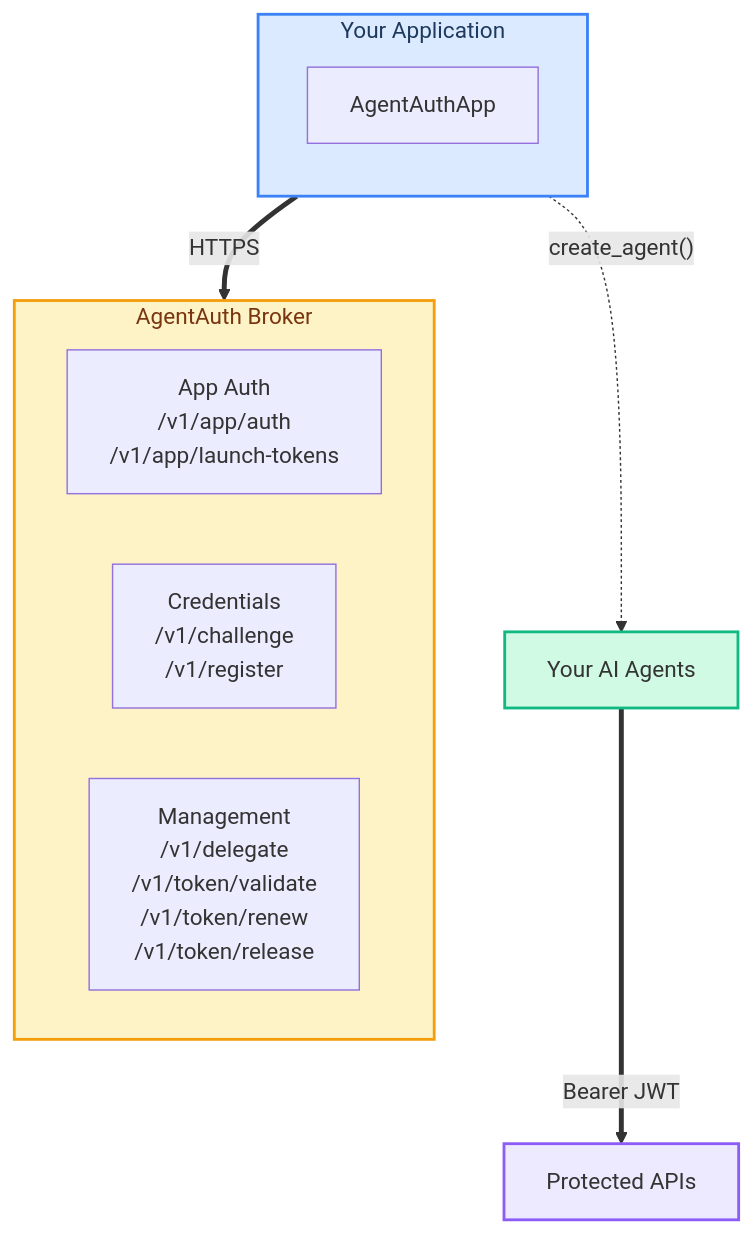
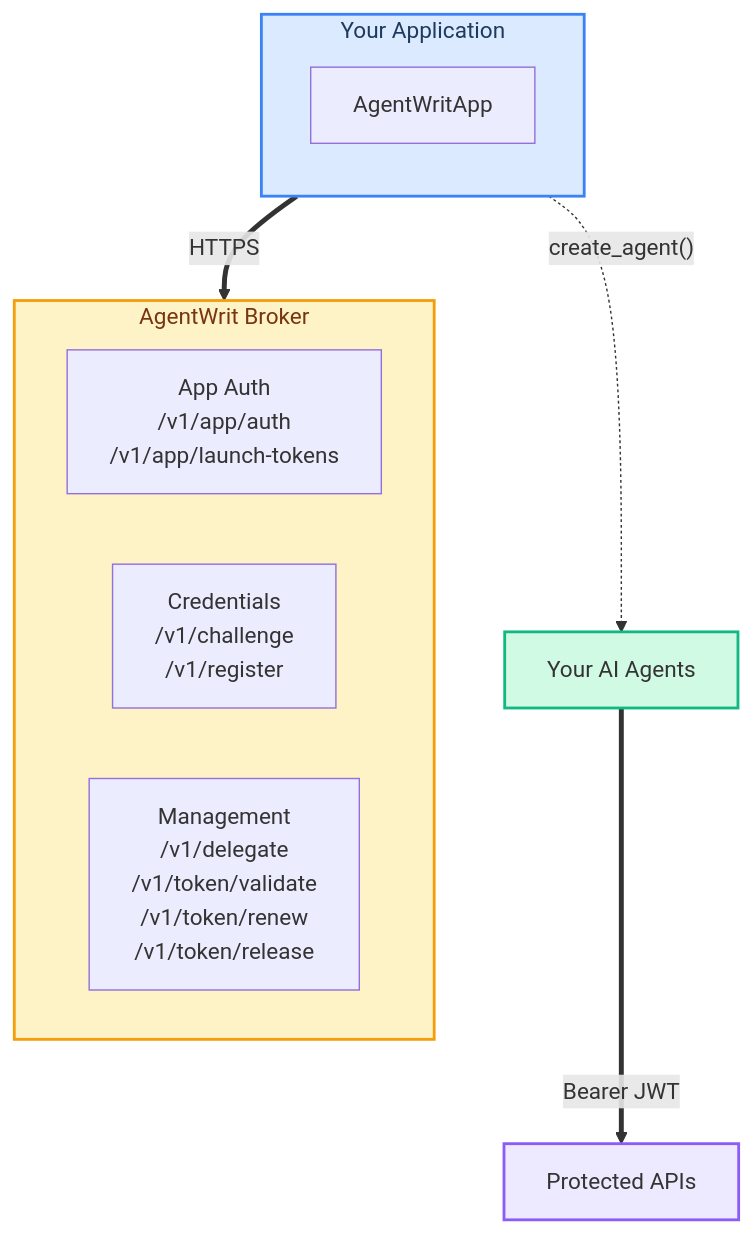
One commit to devonartis/agentwrit-python changed the diagram in README.md. Above: the diagram before and after it, drawn with Mermaid. The commit also changed other lines of this file and 4 other files, not shown here.

````diff
--- a/README.md
+++ b/README.md
@@ -199,26 +199,26 @@
 ```mermaid
 graph TB
     subgraph App["Your Application"]
         direction TB
-        Client["AgentAuthApp"]
+        Client["AgentWritApp"]
     end
 
-    subgraph Broker["AgentAuth Broker"]
+    subgraph Broker["AgentWrit Broker"]
         direction LR
         AuthGroup["App Auth<br/>/v1/app/auth<br/>/v1/app/launch-tokens"]
         CredGroup["Credentials<br/>/v1/challenge<br/>/v1/register"]
         MgmtGroup["Management<br/>/v1/delegate<br/>/v1/token/validate<br/>/v1/token/renew<br/>/v1/token/release"]
     end
 
     Agents["Your AI Agents"]
     APIs["Protected APIs"]
 
     Client ==>|"HTTPS"| Broker
     Client -.->|"create_agent()"| Agents
     Agents ==>|"Bearer JWT"| APIs
 
     style App fill:#dbeafe,stroke:#3b82f6,stroke-width:2px,color:#1e3a5f
     style Broker fill:#fef3c7,stroke:#f59e0b,stroke-width:2px,color:#78350f
     style Agents fill:#d1fae5,stroke:#10b981,stroke-width:2px
     style APIs fill:#ede9fe,stroke:#8b5cf6,stroke-width:2px
 ```
````
